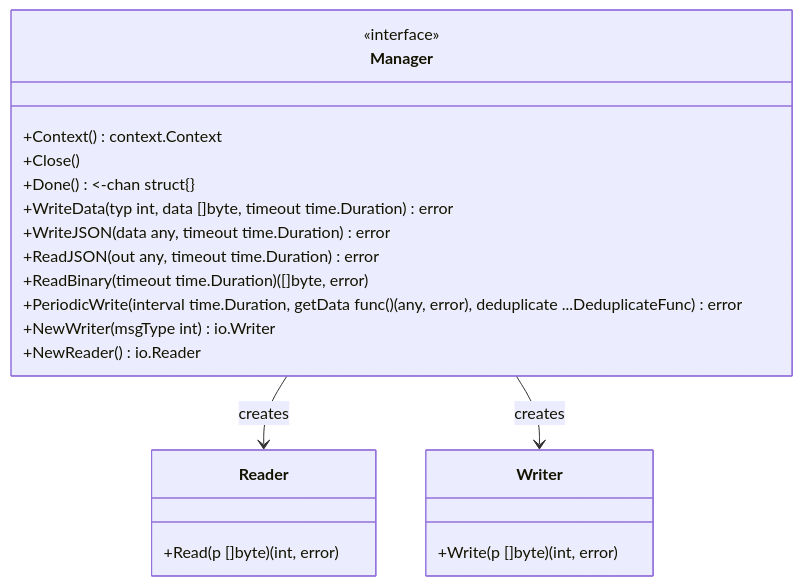
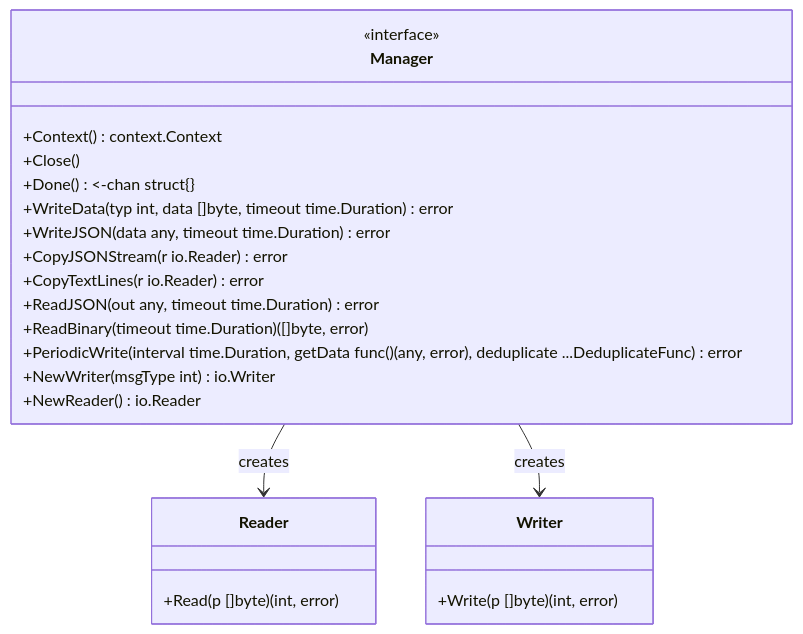
Before and after one commit to yusing/goutils: the first of 2 diagrams in http/websocket/README.md, drawn with Mermaid. The commit also changed other lines of this file and 4 other files, not shown here.

````diff
--- a/http/websocket/README.md
+++ b/http/websocket/README.md
@@ -11,27 +11,29 @@
 ```mermaid
 classDiagram
     class Manager {
         <<interface>>
         +Context() context.Context
         +Close()
         +Done() <-chan struct#123;#125;
         +WriteData(typ int, data []byte, timeout time.Duration) error
         +WriteJSON(data any, timeout time.Duration) error
+        +CopyJSONStream(r io.Reader) error
+        +CopyTextLines(r io.Reader) error
         +ReadJSON(out any, timeout time.Duration) error
         +ReadBinary(timeout time.Duration) ([]byte, error)
         +PeriodicWrite(interval time.Duration, getData func() (any, error), deduplicate ...DeduplicateFunc) error
         +NewWriter(msgType int) io.Writer
         +NewReader() io.Reader
     }
 
     class Reader {
         +Read(p []byte) (int, error)
     }
 
     class Writer {
         +Write(p []byte) (int, error)
     }
 
     Manager --> Reader : creates
     Manager --> Writer : creates
 ```
````
